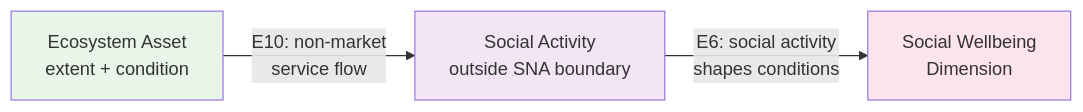
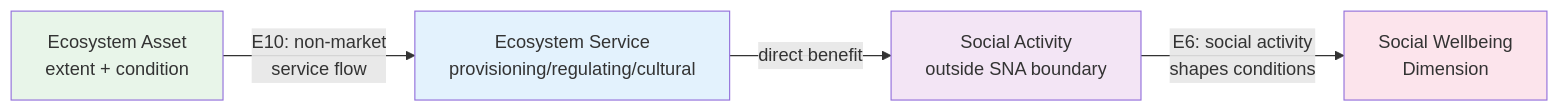
The second of 5 diagrams in social-accounts-prototype/01-logic-chains.md (MariaGAlarcon/ocean-accounts-expert), drawn with Mermaid before and after one commit. The commit also changed other lines of this file and 8 other files, not shown here.

````diff
--- a/social-accounts-prototype/01-logic-chains.md
+++ b/social-accounts-prototype/01-logic-chains.md
@@ -96,9 +96,11 @@
 ```mermaid
 graph LR
-    EA[Ecosystem Asset<br/>extent + condition] -->|E10: non-market<br/>service flow| SA[Social Activity<br/>outside SNA boundary]
+    EA[Ecosystem Asset<br/>extent + condition] -->|E10: non-market<br/>service flow| ES[Ecosystem Service<br/>provisioning/regulating/cultural]
+    ES -->|direct benefit| SA[Social Activity<br/>outside SNA boundary]
     SA -->|E6: social activity<br/>shapes conditions| SW[Social Wellbeing<br/>Dimension]
 
     style EA fill:#e8f5e9
+    style ES fill:#e3f2fd
     style SA fill:#f3e5f5
     style SW fill:#fce4ec
 ```
````
